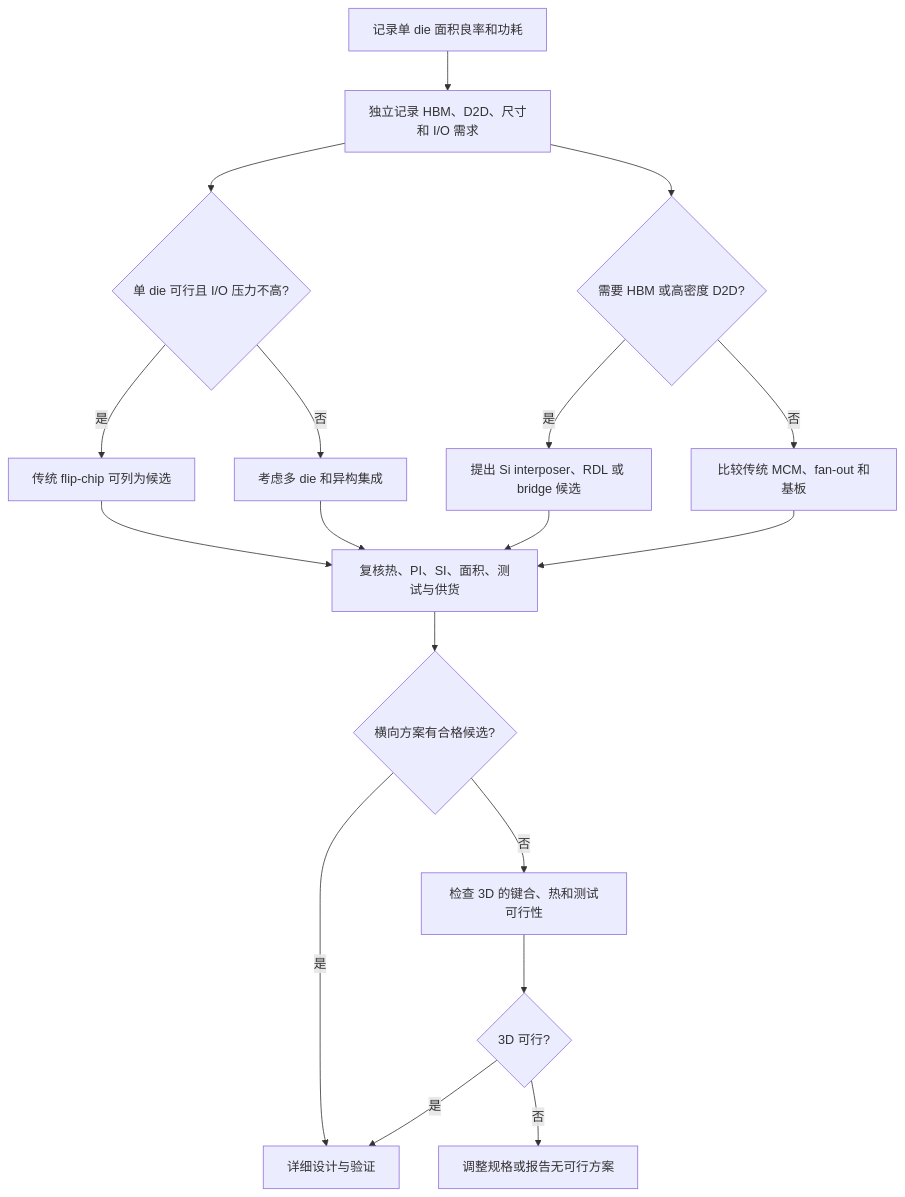
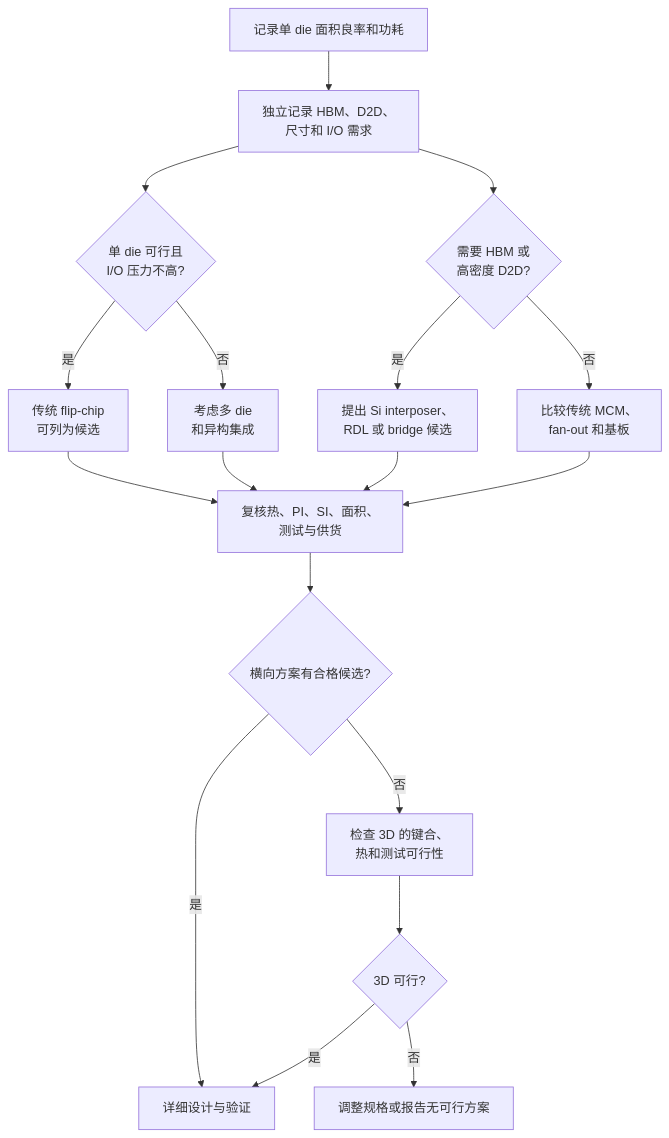
One commit to microarch-flow/wiki changed the diagram in series/chip-development/FAB/wiki/08-reference/decision-tree-process-and-package.md. Above: the diagram before and after it, drawn with Mermaid. The commit also changed 13 other files, not shown here.

Commit message:
Keep chip development diagrams readable on narrow screens

````diff
--- a/series/chip-development/FAB/wiki/08-reference/decision-tree-process-and-package.md
+++ b/series/chip-development/FAB/wiki/08-reference/decision-tree-process-and-package.md
@@ -12,20 +12,20 @@
 ```mermaid
 flowchart TD
-    A[记录单 die 面积良率和功耗] --> B[独立记录 HBM、D2D、尺寸和 I/O 需求]
-    B --> C{单 die 可行且 I/O 压力不高?}
-    C -- 是 --> D[传统 flip-chip 可列为候选]
-    C -- 否 --> E[考虑多 die 和异构集成]
-    B --> F{需要 HBM 或高密度 D2D?}
-    F -- 是 --> G[提出 Si interposer、RDL 或 bridge 候选]
-    F -- 否 --> H[比较传统 MCM、fan-out 和基板]
-    D --> I[复核热、PI、SI、面积、测试与供货]
+    A[记录单 die 面积良率和功耗] --> B["独立记录 HBM、D2D、<br/>尺寸和 I/O 需求"]
+    B --> C{"单 die 可行且<br/>I/O 压力不高?"}
+    C -- 是 --> D["传统 flip-chip<br/>可列为候选"]
+    C -- 否 --> E["考虑多 die<br/>和异构集成"]
+    B --> F{"需要 HBM 或<br/>高密度 D2D?"}
+    F -- 是 --> G["提出 Si interposer、<br/>RDL 或 bridge 候选"]
+    F -- 否 --> H["比较传统 MCM、<br/>fan-out 和基板"]
+    D --> I["复核热、PI、SI、面积、<br/>测试与供货"]
     E --> I
     G --> I
     H --> I
     I --> J{横向方案有合格候选?}
     J -- 是 --> K[详细设计与验证]
-    J -- 否 --> L[检查 3D 的键合、热和测试可行性]
+    J -- 否 --> L["检查 3D 的键合、<br/>热和测试可行性"]
     L --> M{3D 可行?}
     M -- 是 --> K
     M -- 否 --> N[调整规格或报告无可行方案]
 ```
````
